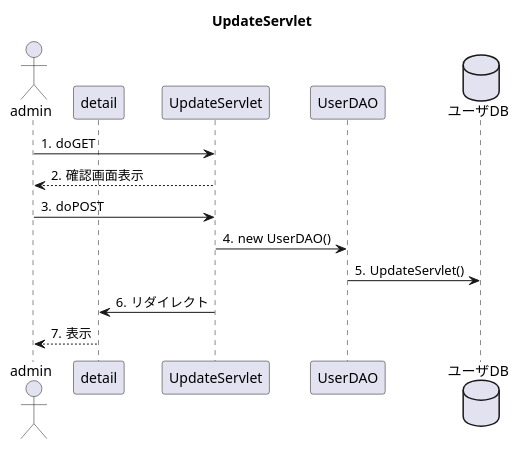
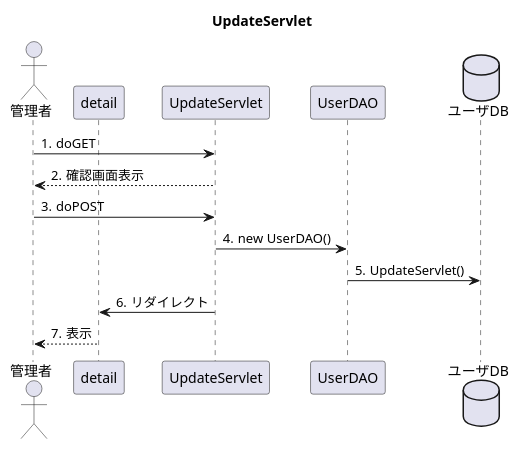
Before and after one commit to toufu66/ProjectC: the diagram in uml_detail/seq_update.pu, drawn with PlantUML.

Commit message:
admin→管理者

```diff
--- a/uml_detail/seq_update.pu
+++ b/uml_detail/seq_update.pu
@@ -1,21 +1,21 @@
 @startuml
 title UpdateServlet
 
 autonumber "#."
 
-actor admin
+actor 管理者
 participant detail
 participant UpdateServlet
 participant UserDAO
 database ユーザDB
 
 
-admin -> UpdateServlet:doGET
-UpdateServlet --> admin:確認画面表示
-admin ->UpdateServlet:doPOST
+管理者 -> UpdateServlet:doGET
+UpdateServlet --> 管理者:確認画面表示
+管理者 ->UpdateServlet:doPOST
 UpdateServlet -> UserDAO:new UserDAO()
 UserDAO -> ユーザDB:UpdateServlet()
 
 UpdateServlet -> detail:リダイレクト
-detail --> admin:表示
+detail --> 管理者:表示
 @enduml
```
